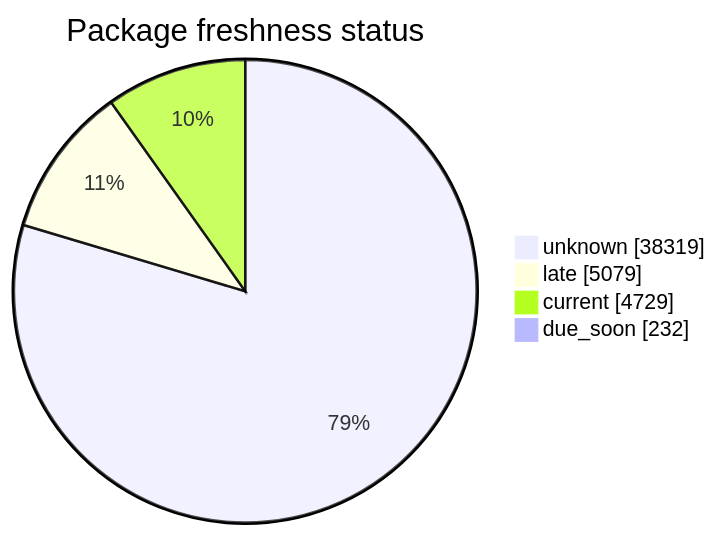
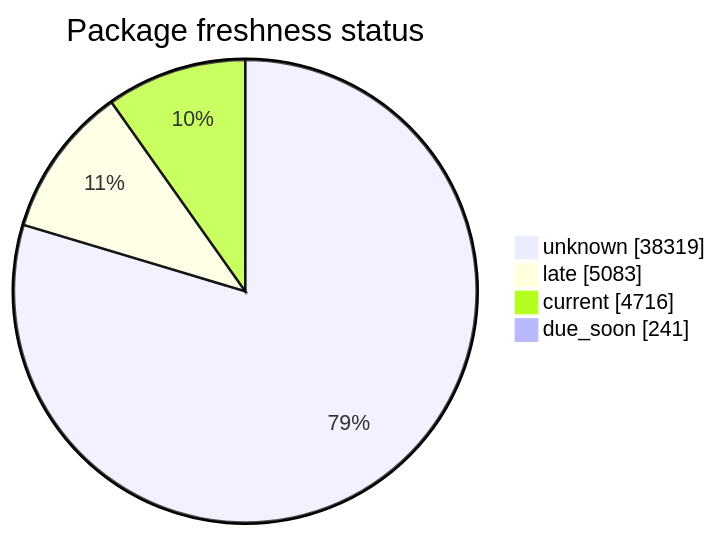
One commit to open-data/analytics-corporate-reporting changed the second of 5 diagrams in FreshCheck/README.md. Above: the diagram before and after it, drawn with Mermaid. The commit also changed other lines of this file and 3 other files, not shown here.

````diff
--- a/FreshCheck/README.md
+++ b/FreshCheck/README.md
@@ -68,7 +68,7 @@
 ```mermaid
 pie showData title Package freshness status
     "unknown": 38319
-    "late": 5079
-    "current": 4729
-    "due_soon": 232
+    "late": 5083
+    "current": 4716
+    "due_soon": 241
 ```
````
